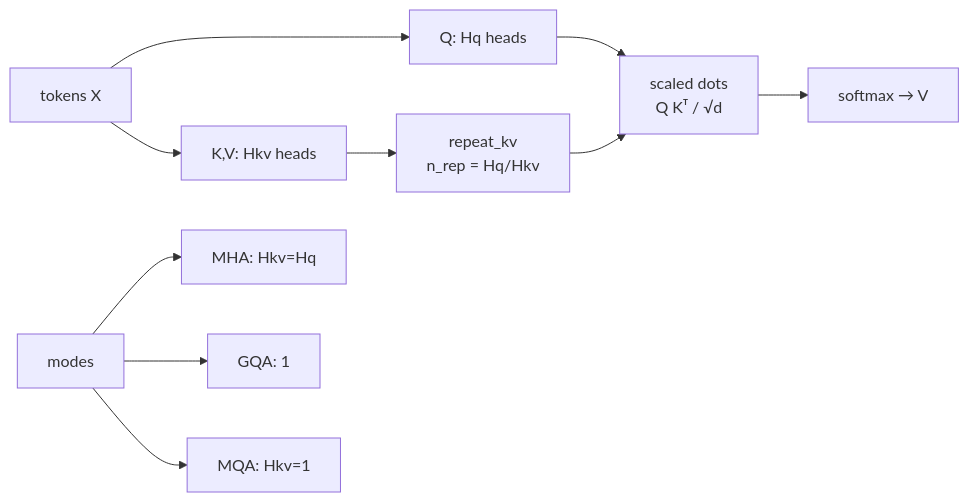
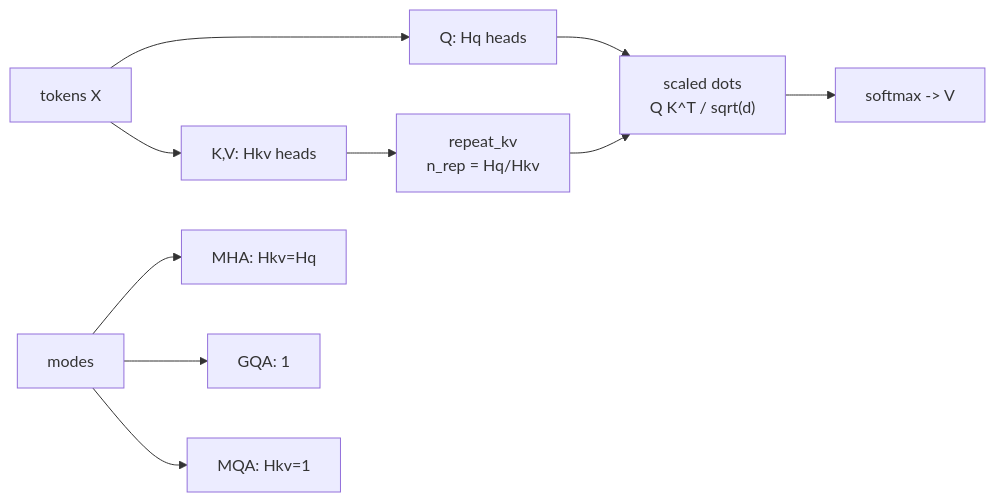
The diagram in README.md (anishkaranth/ai-learn-28-grouped-query-attention), drawn with Mermaid before and after one commit. The commit also changed other lines of this file, not shown here.

````diff
--- a/README.md
+++ b/README.md
@@ -9,12 +9,12 @@
 ```mermaid
 flowchart LR
     X["tokens X"] --> Q["Q: Hq heads"]
     X --> KV["K,V: Hkv heads"]
     KV --> R["repeat_kv<br/>n_rep = Hq/Hkv"]
-    Q --> DOT["scaled dots<br/>Q Kᵀ / √d"]
+    Q --> DOT["scaled dots<br/>Q K^T / sqrt(d)"]
     R --> DOT
-    DOT --> S["softmax → V"]
+    DOT --> S["softmax -> V"]
     X2["modes"] --> MHA["MHA: Hkv=Hq"]
     X2 --> GQA["GQA: 1<Hkv<Hq"]
     X2 --> MQA["MQA: Hkv=1"]
 ```
````
